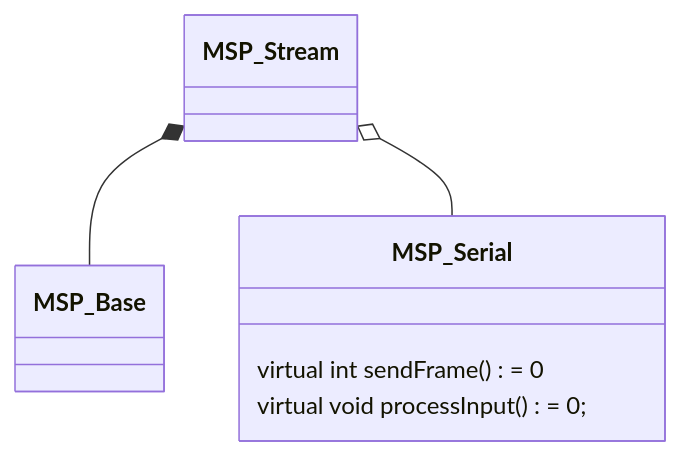
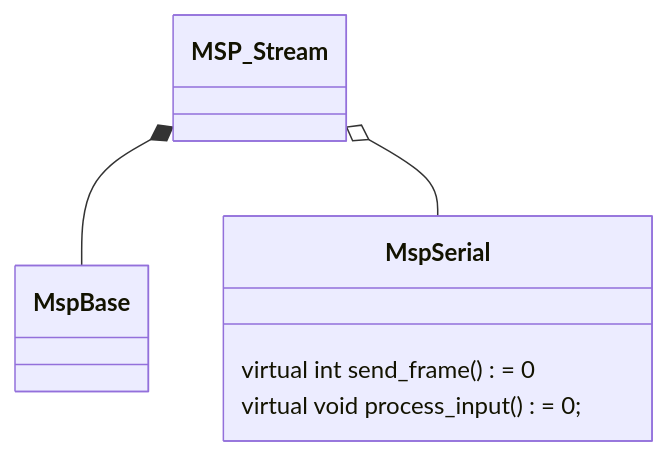
One commit to martinbudden/Library-MultiWiiSerialProtocol changed the diagram in README.md. Above: the diagram before and after it, drawn with Mermaid. The commit also changed 22 other files, not shown here.

````diff
--- a/README.md
+++ b/README.md
@@ -17,13 +17,13 @@
 ```mermaid
 classDiagram
-    class MSP_Serial {
-        virtual int sendFrame() = 0
-        virtual void processInput() = 0;
+    class MspSerial {
+        virtual int send_frame() = 0
+        virtual void process_input() = 0;
     }
-    class MSP_Base {
+    class MspBase {
     }
     class MSP_Stream {
     }
-    MSP_Stream *-- MSP_Base
-    MSP_Stream o-- MSP_Serial
+    MSP_Stream *-- MspBase
+    MSP_Stream o-- MspSerial
 ```
````
